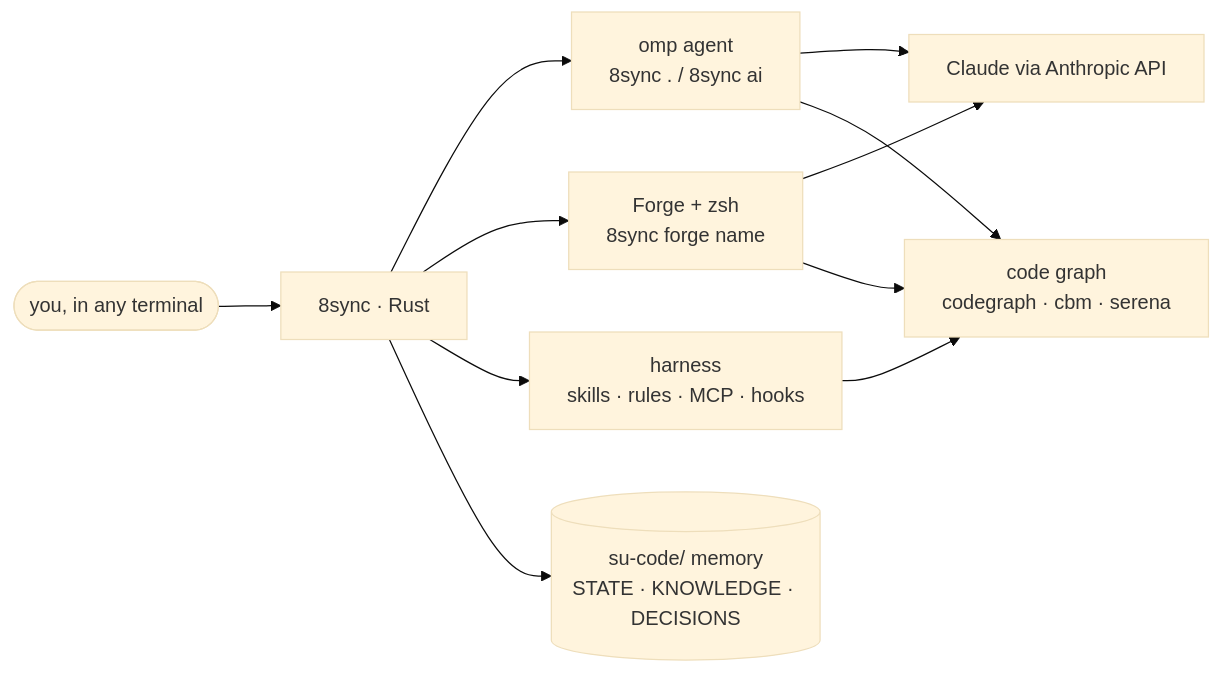
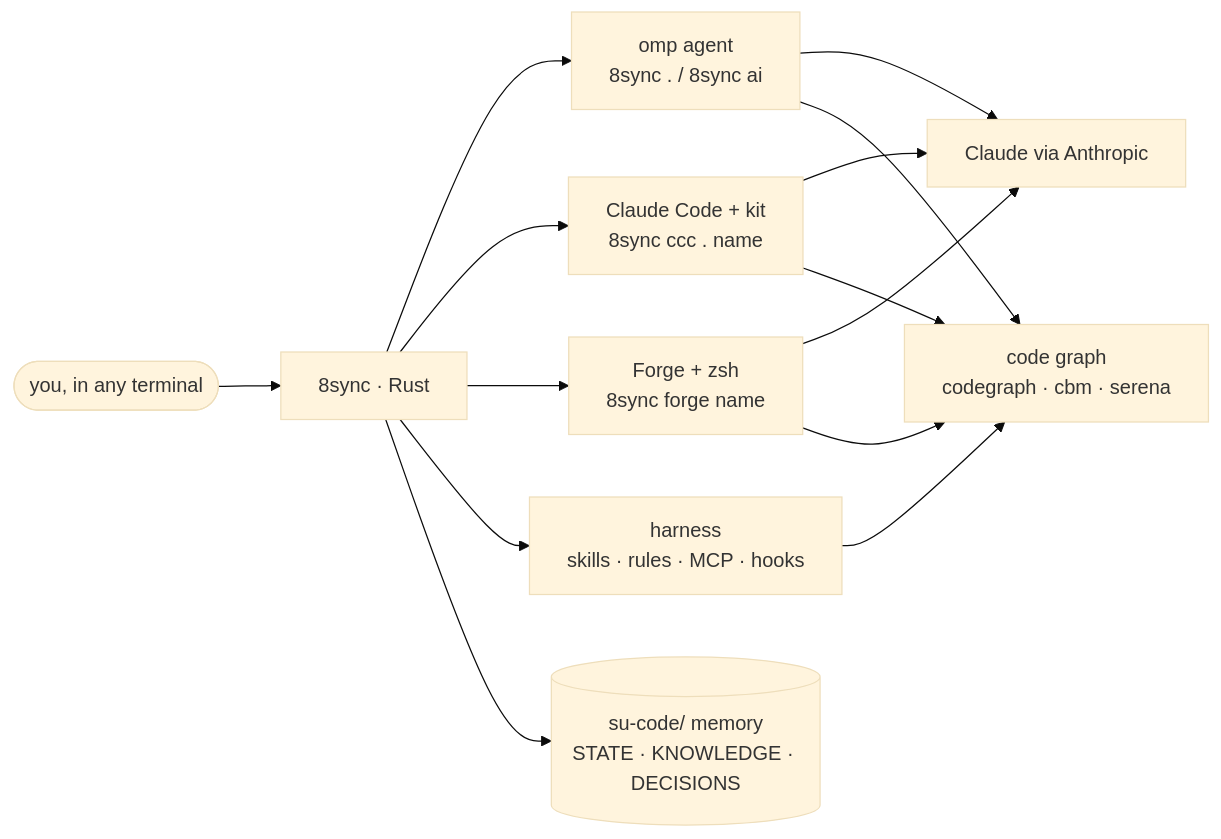
Before and after one commit to 8-Sync-Dev/8sync: the diagram in README.md, drawn with Mermaid (base theme). The commit also changed other lines of this file and 28 other files, not shown here.

First line of the commit message:
feat(ccc): Claude Code named sessions + 8sync kit (verify hook, stop/ask gates, subagents, /ship)

````diff
--- a/README.md
+++ b/README.md
@@ -31,13 +29,16 @@
 ```mermaid
 flowchart LR
   U([you, in any terminal]) --> X[8sync · Rust]
   X --> O[omp agent<br/>8sync . / 8sync ai]
+  X --> K[Claude Code + kit<br/>8sync ccc . name]
   X --> F[Forge + zsh<br/>8sync forge name]
   X --> H[harness<br/>skills · rules · MCP · hooks]
   X --> M[(su-code/ memory<br/>STATE · KNOWLEDGE · DECISIONS)]
-  O --> C[Claude via Anthropic API]
+  O --> C[Claude via Anthropic]
+  K --> C
   F --> C
   H --> G[code graph<br/>codegraph · cbm · serena]
   O --> G
+  K --> G
   F --> G
 ```
````
